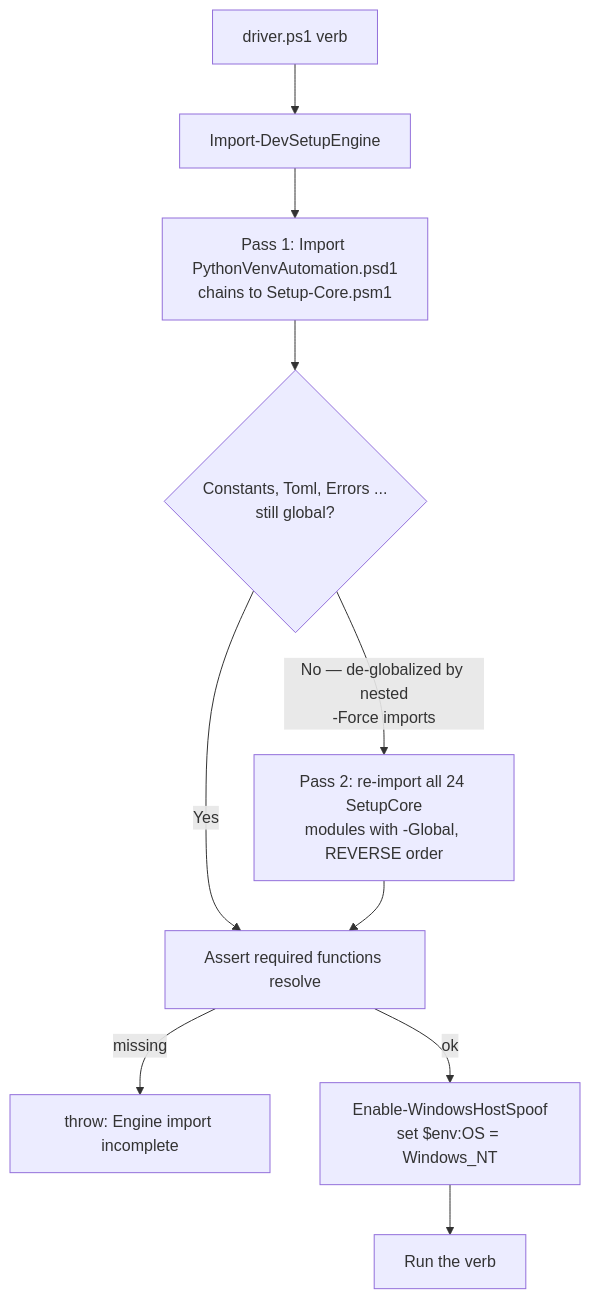
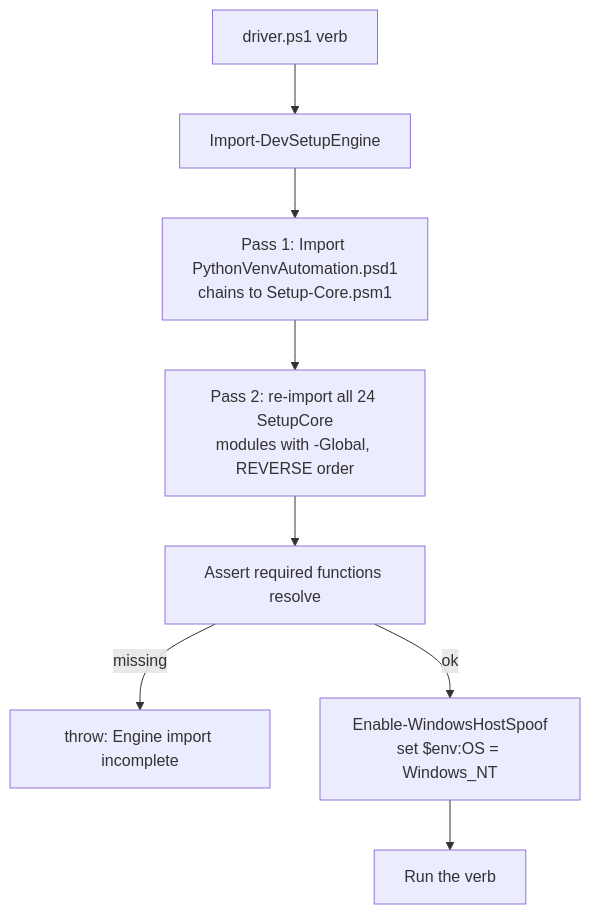
One commit to hadiibrahim-Engin/python_venv_Automation changed the first of 2 diagrams in .claude/skills/run-python-venv-automation/SKILL.md. Above: the diagram before and after it, drawn with Mermaid. The commit also changed other lines of this file and 3 other files, not shown here.

````diff
--- a/.claude/skills/run-python-venv-automation/SKILL.md
+++ b/.claude/skills/run-python-venv-automation/SKILL.md
@@ -71,12 +73,10 @@
 ```mermaid
 flowchart TD
     A[driver.ps1 verb] --> B[Import-DevSetupEngine]
     B --> C[Pass 1: Import PythonVenvAutomation.psd1<br/>chains to Setup-Core.psm1]
-    C --> D{Constants, Toml, Errors ...<br/>still global?}
-    D -->|No — de-globalized by nested<br/>-Force imports| E[Pass 2: re-import all 24 SetupCore<br/>modules with -Global, REVERSE order]
-    D -->|Yes| F[Assert required functions resolve]
-    E --> F
+    C --> E[Pass 2: re-import all 24 SetupCore<br/>modules with -Global, REVERSE order]
+    E --> F[Assert required functions resolve]
     F -->|missing| G[throw: Engine import incomplete]
     F -->|ok| H[Enable-WindowsHostSpoof<br/>set $env:OS = Windows_NT]
     H --> I[Run the verb]
 ```
````
